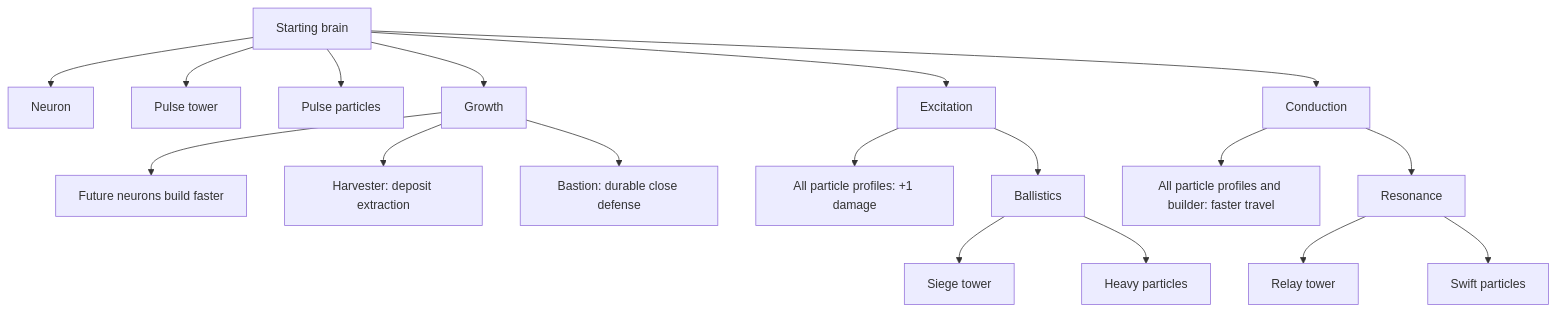
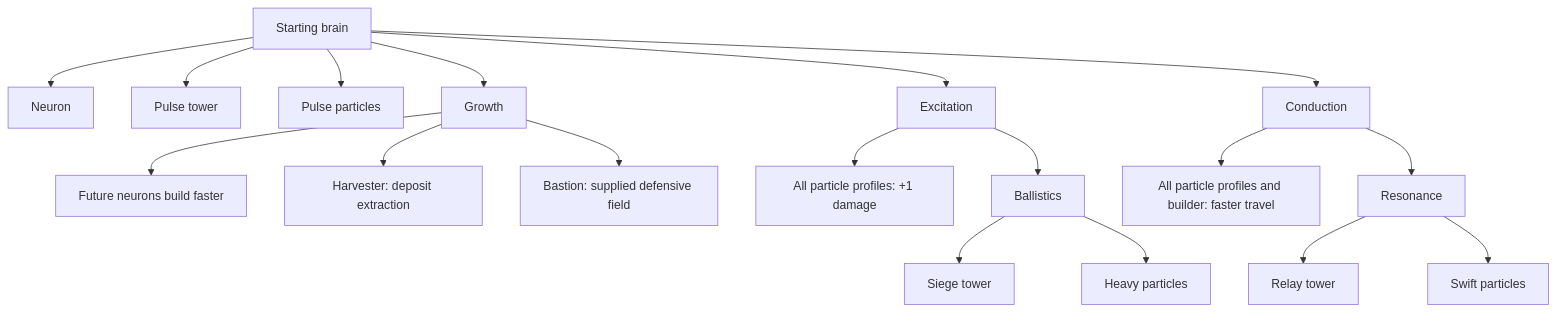
The diagram in docs/neural-defence/TECH_TREE.md (andeplane/fuse-riders), drawn with Mermaid before and after one commit. The commit also changed other lines of this file and 22 other files, not shown here.

Commit message:
feat(fuse-craft): add finite supplied Bastion protection

````diff
--- a/docs/neural-defence/TECH_TREE.md
+++ b/docs/neural-defence/TECH_TREE.md
@@ -13,21 +13,21 @@
 ```mermaid
 flowchart TD
     Start[Starting brain]
     Start --> Neuron[Neuron]
     Start --> Tower[Pulse tower]
     Start --> Pulse[Pulse particles]
     Start --> Growth[Growth]
     Start --> Excitation[Excitation]
     Start --> Conduction[Conduction]
     Growth --> Fast[Future neurons build faster]
     Growth --> Harvester[Harvester: deposit extraction]
-    Growth --> Bastion[Bastion: durable close defense]
+    Growth --> Bastion[Bastion: supplied defensive field]
     Excitation --> Damage[All particle profiles: +1 damage]
     Excitation --> Ballistics[Ballistics]
     Ballistics --> Siege[Siege tower]
     Ballistics --> Heavy[Heavy particles]
     Conduction --> Speed[All particle profiles and builder: faster travel]
     Conduction --> Resonance[Resonance]
     Resonance --> Relay[Relay tower]
     Resonance --> Swift[Swift particles]
 ```
````
